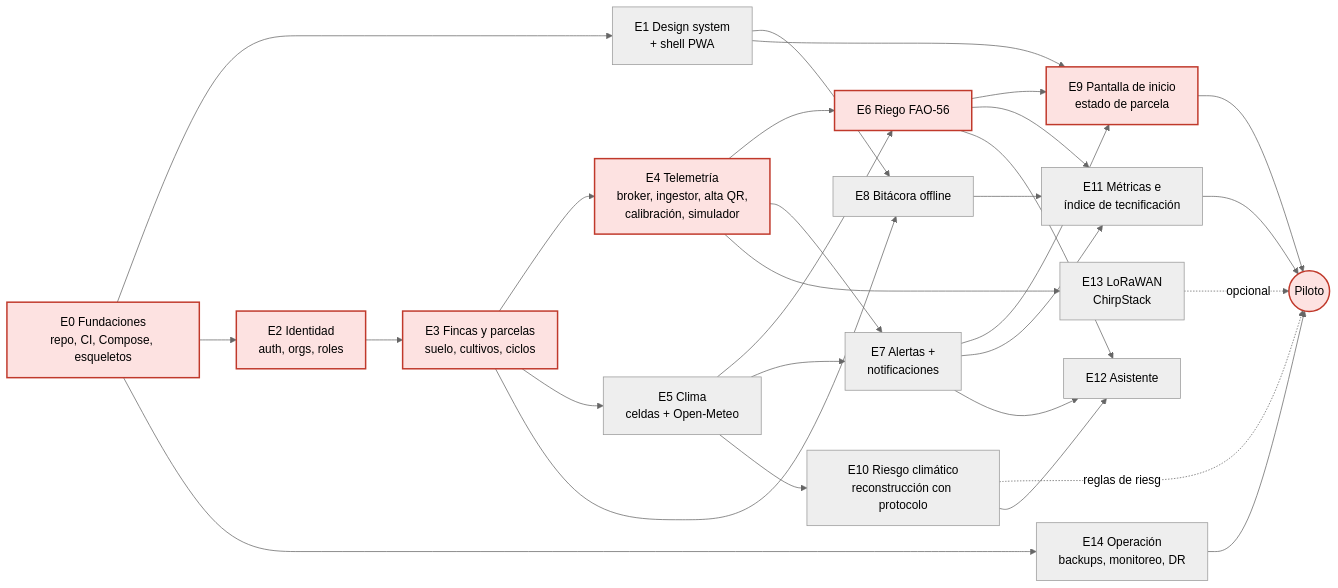
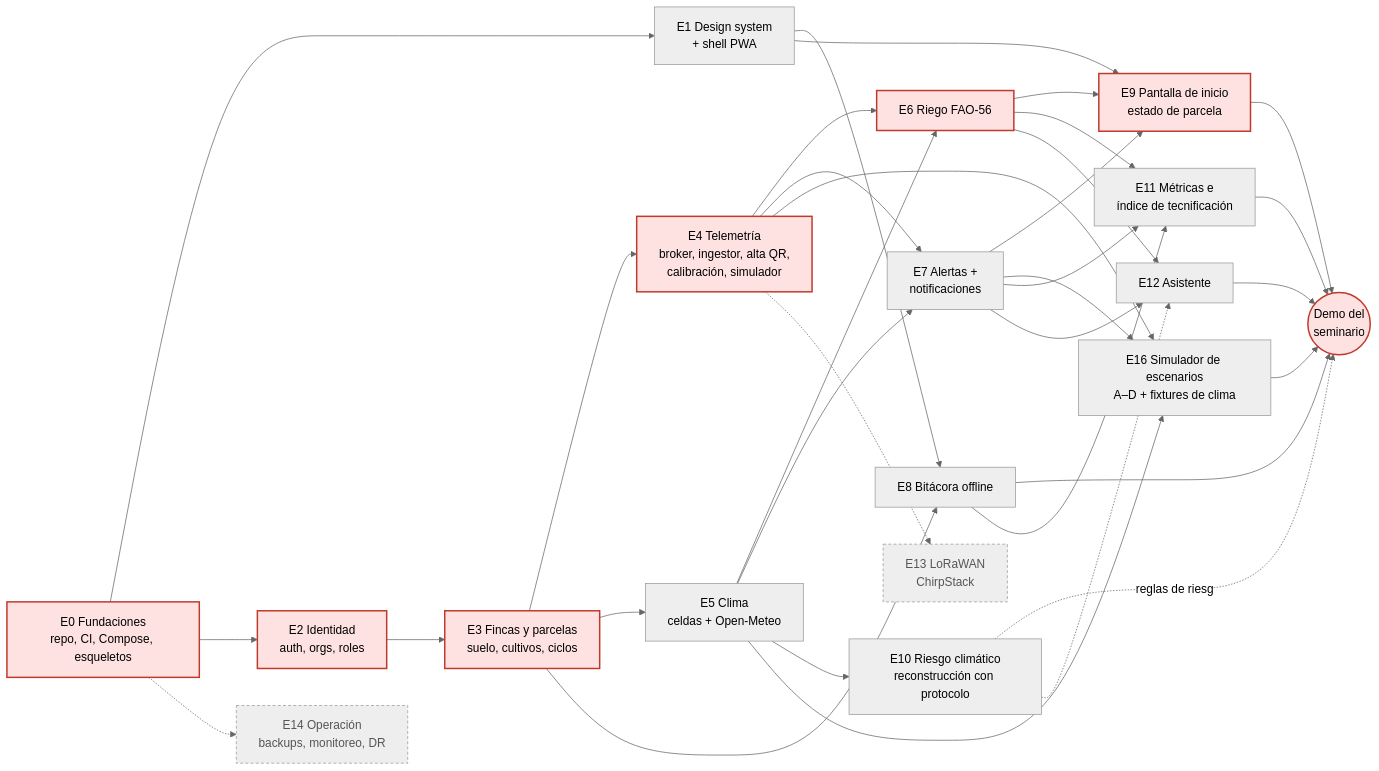
One commit to jab16jy/techcamp-v2 changed the first of 3 diagrams in docs/10-dag.md. Above: the diagram before and after it, drawn with Mermaid (neutral theme). The commit also changed other lines of this file and 13 other files, not shown here.

````diff
--- a/docs/10-dag.md
+++ b/docs/10-dag.md
@@ -9,44 +9,51 @@
 ```mermaid
 flowchart LR
   E0[E0 Fundaciones<br/>repo, CI, Compose, esqueletos]
   E1[E1 Design system<br/>+ shell PWA]
   E2[E2 Identidad<br/>auth, orgs, roles]
   E3[E3 Fincas y parcelas<br/>suelo, cultivos, ciclos]
   E4[E4 Telemetría<br/>broker, ingestor, alta QR,<br/>calibración, simulador]
   E5[E5 Clima<br/>celdas + Open-Meteo]
   E6[E6 Riego FAO-56]
   E7[E7 Alertas +<br/>notificaciones]
   E8[E8 Bitácora offline]
   E9[E9 Pantalla de inicio<br/>estado de parcela]
   E10[E10 Riesgo climático<br/>reconstrucción con protocolo]
   E11[E11 Métricas e<br/>índice de tecnificación]
   E12[E12 Asistente]
   E13[E13 LoRaWAN<br/>ChirpStack]
   E14[E14 Operación<br/>backups, monitoreo, DR]
-  E15((Piloto))
+  E16[E16 Simulador de escenarios<br/>A–D + fixtures de clima]
+  E15((Demo del<br/>seminario))
 
   E0 --> E1
   E0 --> E2 --> E3 --> E4 --> E6 --> E9 --> E15
-  E0 --> E14 --> E15
+  E0 -.-> E14
   E3 --> E5
   E5 --> E6
   E4 --> E7
   E5 --> E7
   E7 --> E9
   E1 --> E8
   E3 --> E8
   E1 --> E9
   E5 --> E10
   E10 -.reglas de riesgo.-> E15
+  E4 --> E16
+  E5 --> E16
+  E7 --> E16 --> E15
+  E8 --> E15
   E6 --> E11
   E7 --> E11
   E8 --> E11 --> E15
   E6 --> E12
   E7 --> E12
-  E10 --> E12
-  E4 --> E13
-  E13 -.opcional.-> E15
+  E10 -.-> E12
+  E12 --> E15
+  E4 -.-> E13
 
   classDef critical fill:#fde2e1,stroke:#c0392b,stroke-width:2px,color:#000
   class E0,E2,E3,E4,E6,E9,E15 critical
+  classDef future fill:#eeeeee,stroke:#999999,stroke-dasharray:4 3,color:#555
+  class E13,E14 future
 ```
````
